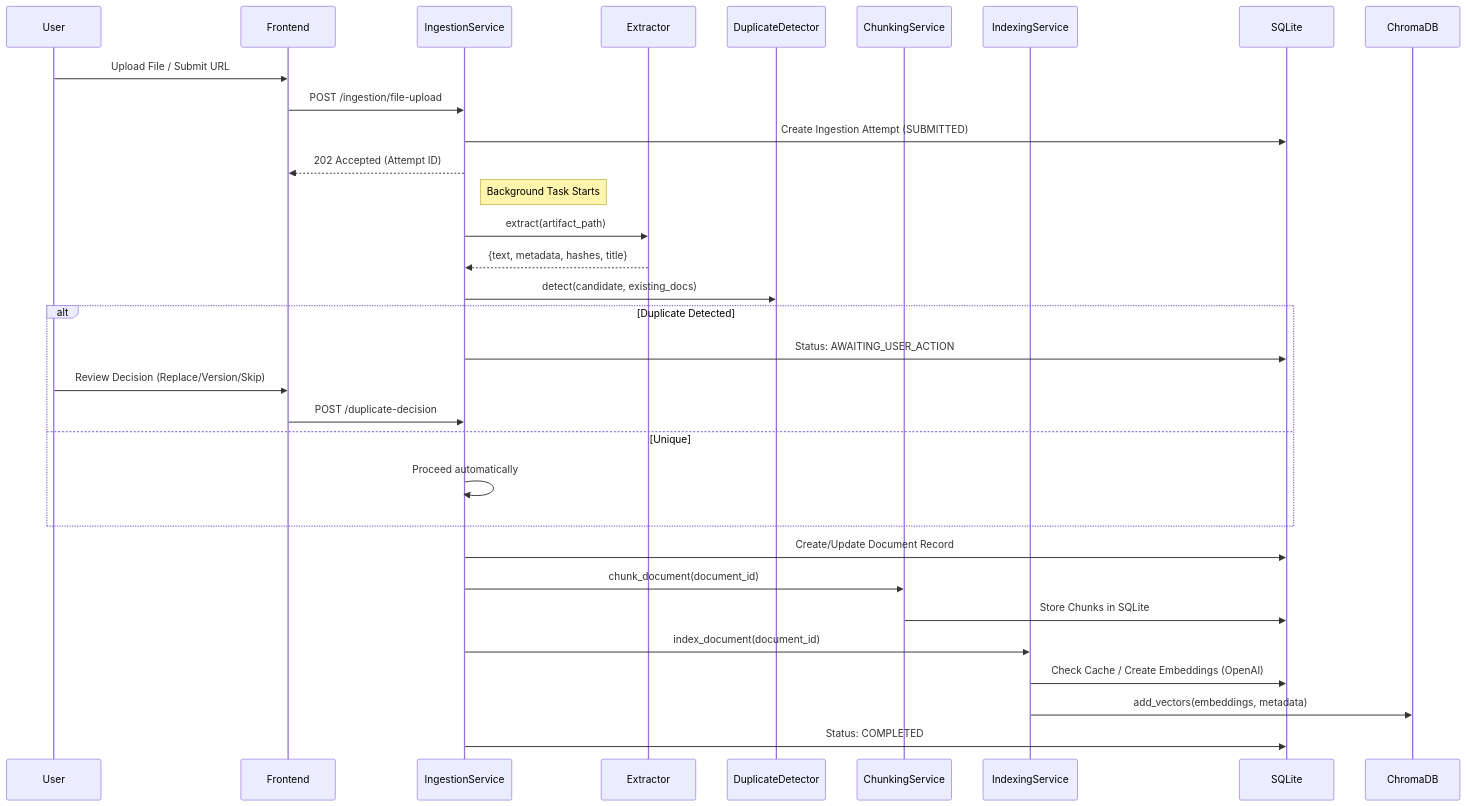
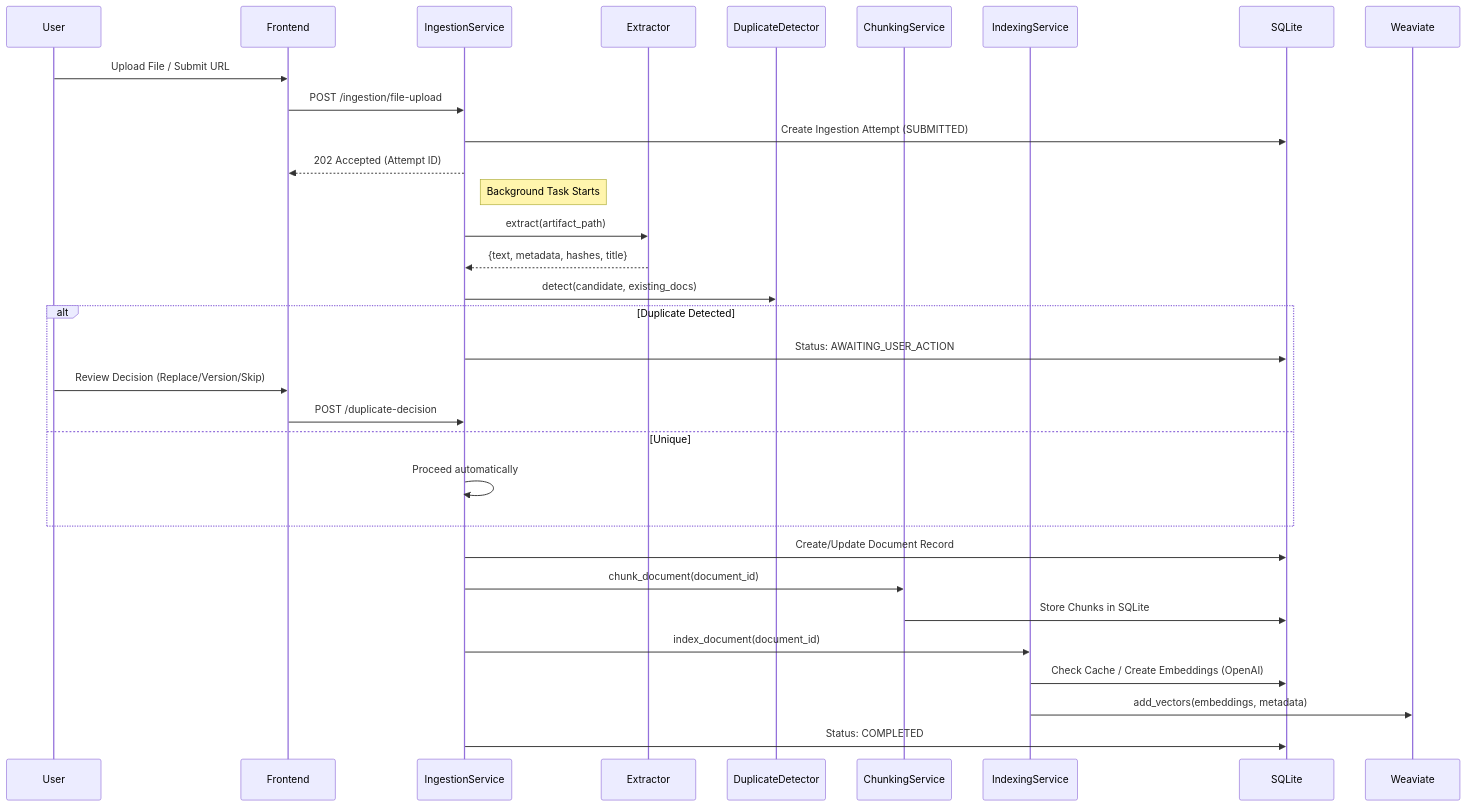
The first of 4 diagrams in docs/diagrams/system-flow.md (thaihai-swe/chatbot-with-data), drawn with Mermaid before and after one commit. The commit also changed other lines of this file and 18 other files, not shown here.

````diff
--- a/docs/diagrams/system-flow.md
+++ b/docs/diagrams/system-flow.md
@@ -47,38 +50,38 @@
 ```mermaid
 sequenceDiagram
     participant U as User
     participant F as Frontend
     participant I as IngestionService
     participant E as Extractor
     participant D as DuplicateDetector
     participant C as ChunkingService
     participant V as IndexingService
     participant DB as SQLite
-    participant CH as ChromaDB
+    participant WV as Weaviate
 
     U->>F: Upload File / Submit URL
     F->>I: POST /ingestion/file-upload
     I->>DB: Create Ingestion Attempt (SUBMITTED)
     I-->>F: 202 Accepted (Attempt ID)
 
     Note right of I: Background Task Starts
     I->>E: extract(artifact_path)
     E-->>I: {text, metadata, hashes, title}
     I->>D: detect(candidate, existing_docs)
     
     alt Duplicate Detected
         I->>DB: Status: AWAITING_USER_ACTION
         U->>F: Review Decision (Replace/Version/Skip)
         F->>I: POST /duplicate-decision
     else Unique
         I->>I: Proceed automatically
     end
 
     I->>DB: Create/Update Document Record
     I->>C: chunk_document(document_id)
     C->>DB: Store Chunks in SQLite
     I->>V: index_document(document_id)
     V->>DB: Check Cache / Create Embeddings (OpenAI)
-    V->>CH: add_vectors(embeddings, metadata)
+    V->>WV: add_vectors(embeddings, metadata)
     I->>DB: Status: COMPLETED
 ```
````
